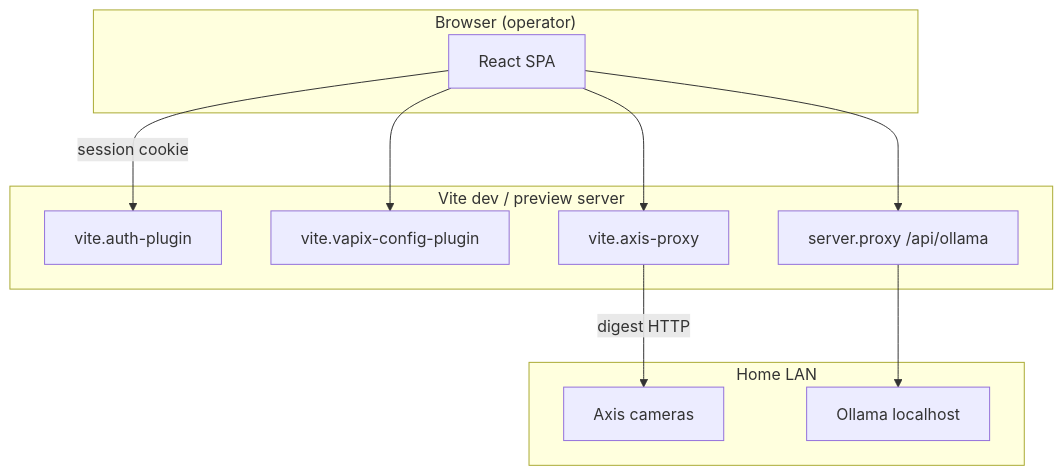
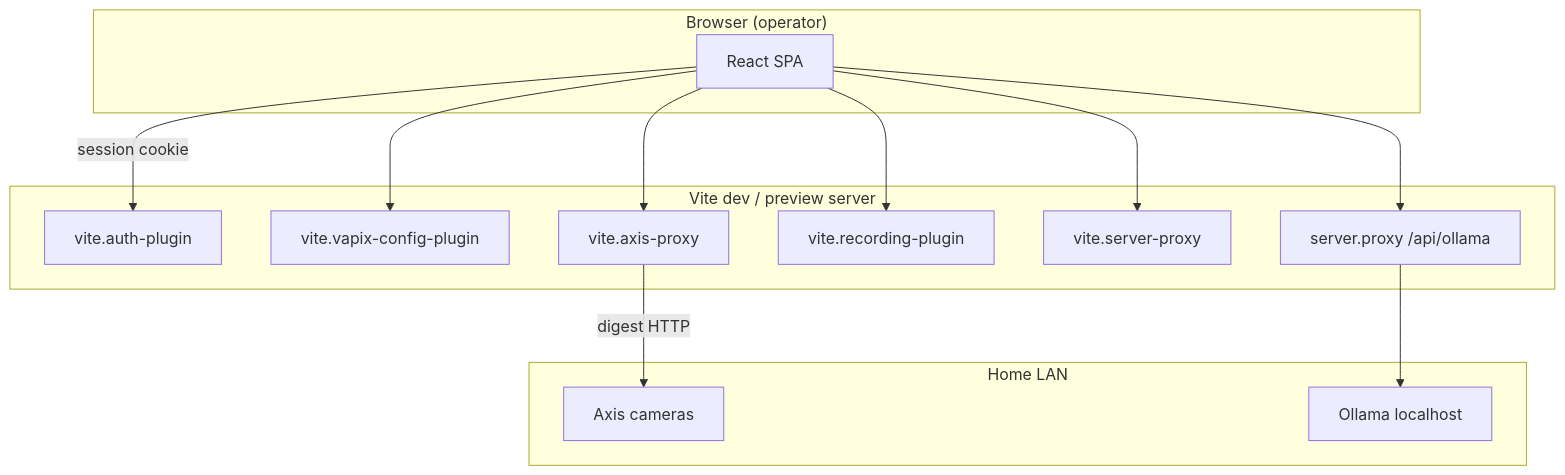
One commit to thomasdanielsson731/smart_vms changed the diagram in docs/architecture/web-application.md. Above: the diagram before and after it, drawn with Mermaid. The commit also changed other lines of this file and 63 other files, not shown here.

First line of the commit message:
Add AI-native context layer, recording quota health, and architecture doc sync.

````diff
--- a/docs/architecture/web-application.md
+++ b/docs/architecture/web-application.md
@@ -9,25 +9,29 @@
 ```mermaid
 flowchart TB
   subgraph Browser["Browser (operator)"]
     SPA[React SPA]
   end
 
   subgraph Vite["Vite dev / preview server"]
     AUTH[vite.auth-plugin]
     VAPIX[vite.vapix-config-plugin]
     CAM[vite.axis-proxy]
+    REC[vite.recording-plugin]
+    VMS[vite.server-proxy]
     OLLAMA[server.proxy /api/ollama]
   end
 
   subgraph LAN["Home LAN"]
     AX[Axis cameras]
     OLL[Ollama localhost]
   end
 
   SPA -->|session cookie| AUTH
   SPA --> VAPIX
   SPA --> CAM
+  SPA --> REC
+  SPA --> VMS
   SPA --> OLLAMA
   CAM -->|digest HTTP| AX
   OLLAMA --> OLL
 ```
````
